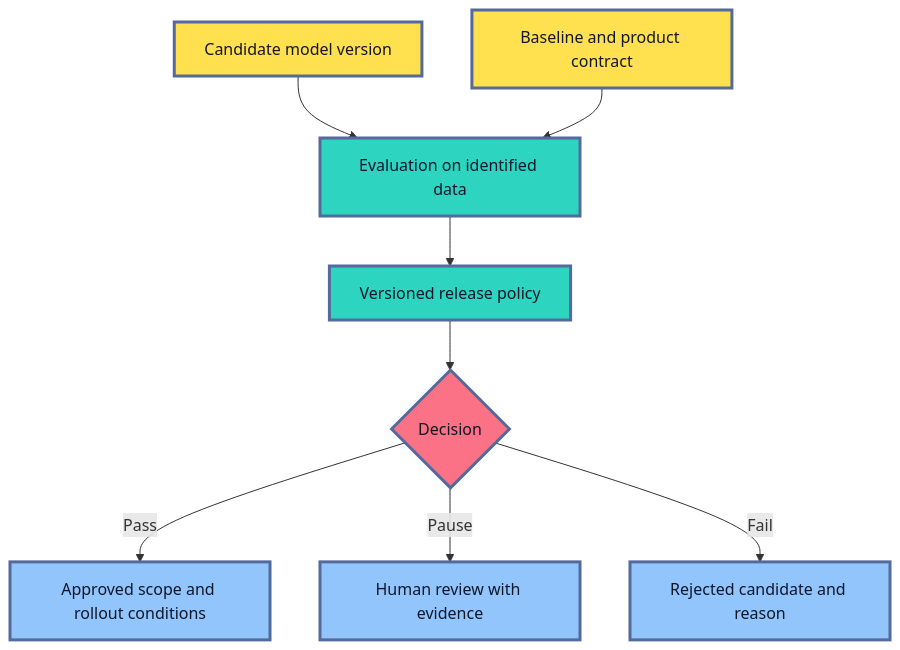
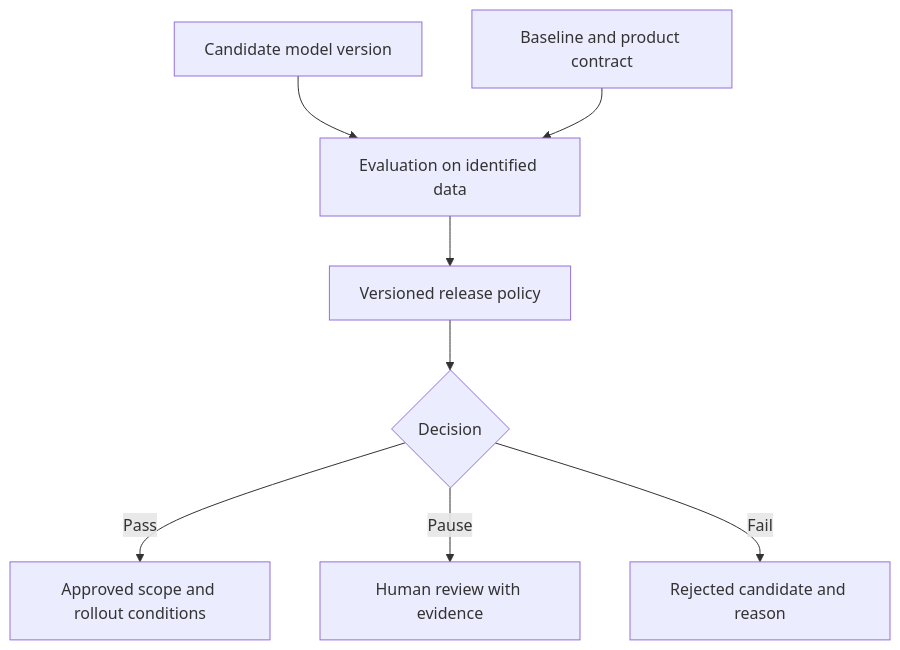
One commit to senlinyy/dev-roadmaps changed the fifth of 7 diagrams in roadmaps/mlops/modules/mlops-foundations/architecture-basics/02-ml-system-assets.md. Above: the diagram before and after it, drawn with Mermaid. The commit also changed other lines of this file and 152 other files, not shown here.

Commit message:
feat: mlops and diagrams updated

````diff
--- a/roadmaps/mlops/modules/mlops-foundations/architecture-basics/02-ml-system-assets.md
+++ b/roadmaps/mlops/modules/mlops-foundations/architecture-basics/02-ml-system-assets.md
@@ -338,19 +336,15 @@
 ```mermaid
 flowchart TD
     C["Candidate model version"] --> E["Evaluation on identified data"]
     B["Baseline and product contract"] --> E
     E --> P["Versioned release policy"]
     P --> D{"Decision"}
     D -->|"Pass"| A["Approved scope and rollout conditions"]
     D -->|"Pause"| H["Human review with evidence"]
     D -->|"Fail"| F["Rejected candidate and reason"]
 
-    classDef input fill:#FFE04F,stroke:#536A9A,stroke-width:3px,color:#111827
-    classDef work fill:#2DD4BF,stroke:#536A9A,stroke-width:3px,color:#0F172A
-    classDef decision fill:#FB7185,stroke:#536A9A,stroke-width:3px,color:#111827
-    classDef result fill:#93C5FD,stroke:#536A9A,stroke-width:3px,color:#0F172A
     class C,B input
     class E,P work
     class D decision
     class A,H,F result
 ```
````
